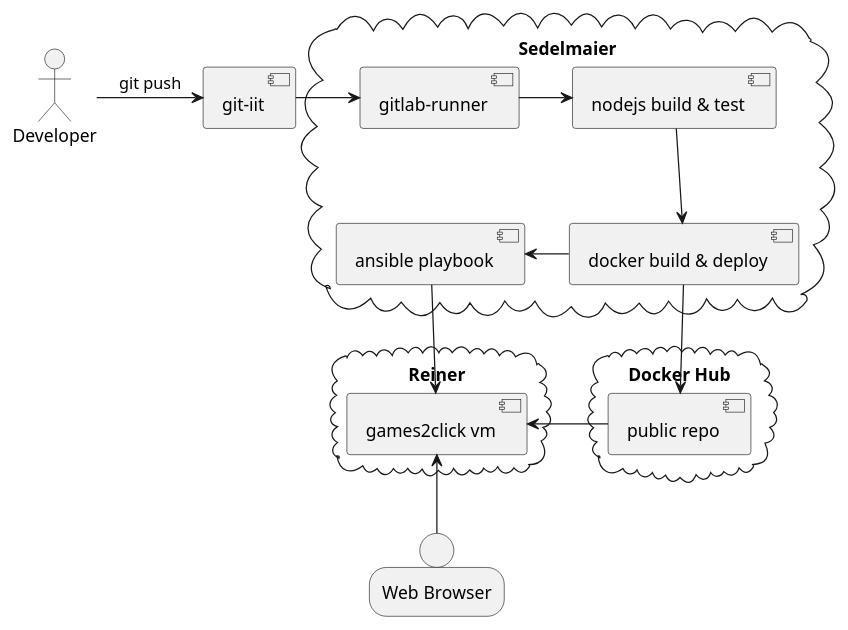
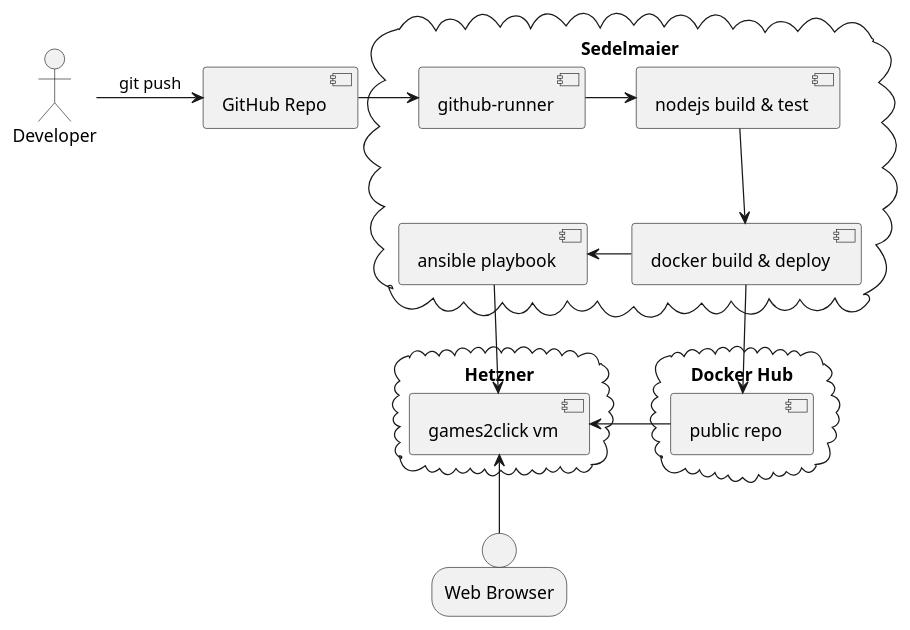
Before and after one commit to games2click/games2click.github.io: the diagram in docs/technical_documentation/pipeline/pipeline.puml, drawn with PlantUML.

Commit message:
Fix wrong component names

```diff
--- a/docs/technical_documentation/pipeline/pipeline.puml
+++ b/docs/technical_documentation/pipeline/pipeline.puml
@@ -1,30 +1,30 @@
 @startuml
 
 actor "Developer"
-component "git-iit"
+component "GitHub Repo"
 cloud "Sedelmaier"{
-    component "gitlab-runner"
+    component "github-runner"
     component "nodejs build & test"
     component "docker build & deploy"
     component "ansible playbook"
 }
 
 cloud "Docker Hub"{
     component "public repo"
 }
 
-cloud "Reiner"{
+cloud "Hetzner"{
     component "games2click vm"
 }
 person "Web Browser"
 
-"Developer" -> "git-iit" : git push
-"git-iit" -r-> "gitlab-runner"
-"gitlab-runner" -> "nodejs build & test"
+"Developer" -> "GitHub Repo" : git push
+"GitHub Repo" -r-> "github-runner"
+"github-runner" -> "nodejs build & test"
 "nodejs build & test" -d-> "docker build & deploy"
 "docker build & deploy" -d-> "public repo"
 "docker build & deploy" -l-> "ansible playbook"
 "ansible playbook" -d-> "games2click vm"
 "games2click vm" <- "public repo"
 "Web Browser" -u-> "games2click vm"
 @enduml
```
